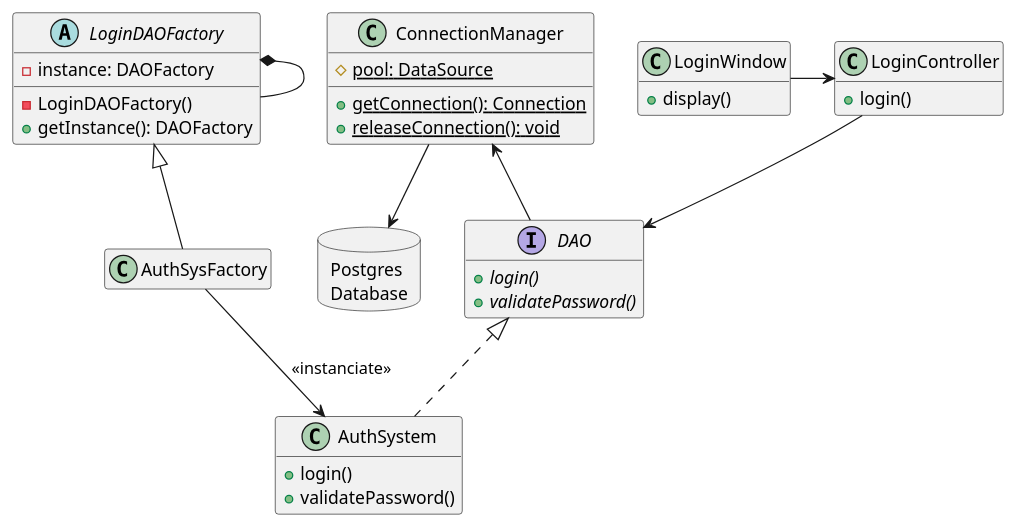
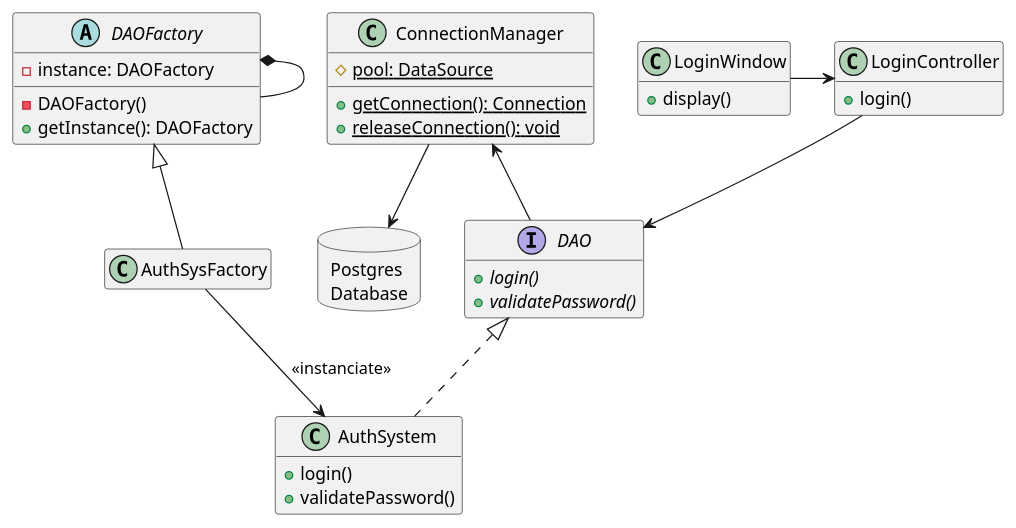
One commit to iusildra/WineCellar changed the diagram in doc/reports/prototype/plantuml/loginClassDiagram.plantuml. Above: the diagram before and after it, drawn with PlantUML. The commit also changed 1 other file, not shown here.

Commit message:
fix: pom.xml & login class diagram

```diff
--- a/doc/reports/prototype/plantuml/loginClassDiagram.plantuml
+++ b/doc/reports/prototype/plantuml/loginClassDiagram.plantuml
@@ -1,48 +1,48 @@
 @startuml loginClassDiagram
 hide empty members
 class LoginWindow {
   + display()
 }
 
 class LoginController {
   + login()
 }
 
 Interface DAO {
   + {abstract} login()
   + {abstract} validatePassword()
 }
 
 class AuthSystem {
   + login()
   + validatePassword()
 }
 
 class ConnectionManager {
   # {static} pool: DataSource
   + {static} getConnection(): Connection
   + {static} releaseConnection(): void
 }
 
-abstract LoginDAOFactory {
+abstract DAOFactory {
   - instance: DAOFactory
-  - LoginDAOFactory()
+  - DAOFactory()
   + getInstance(): DAOFactory
 }
-LoginDAOFactory *-- LoginDAOFactory
+DAOFactory *-- DAOFactory
 
 class AuthSysFactory
-AuthSysFactory -u-|> LoginDAOFactory
+AuthSysFactory -u-|> DAOFactory
 
 
 database "Postgres\nDatabase" as Postgres {
 
 }
 
 DAO               -u-> ConnectionManager
 AuthSystem        .u.|> DAO
 LoginController   -->  DAO
 LoginWindow       -> LoginController
 ConnectionManager -d-> Postgres
 AuthSysFactory    -d-> AuthSystem: <<instanciate>>
 @enduml
```
